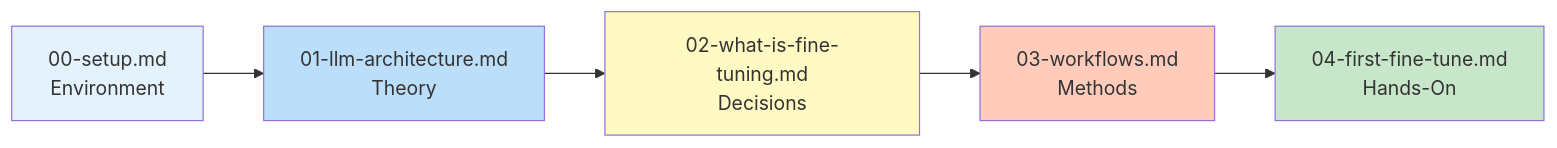
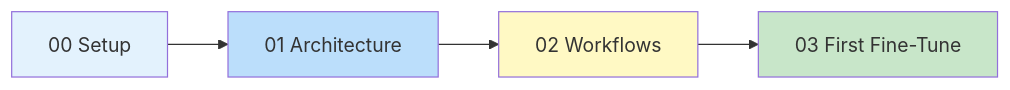
The diagram in content/02-introduction/02-introduction-overview.md (Parv17k/llm-fine-tuning-guide), drawn with Mermaid before and after one commit. The commit also changed other lines of this file and 11 other files, not shown here.

Commit message:
Update LLM architecture and fine-tuning documentation - enhance model examples, clarify workflows, and refine parameter details

````diff
--- a/content/02-introduction/02-introduction-overview.md
+++ b/content/02-introduction/02-introduction-overview.md
@@ -60,13 +49,11 @@
 ```mermaid
 flowchart LR
-    A[00-setup.md<br/>Environment] --> B[01-llm-architecture.md<br/>Theory]
-    B --> C[02-what-is-fine-tuning.md<br/>Decisions]
-    C --> D[03-workflows.md<br/>Methods]
-    D --> E[04-first-fine-tune.md<br/>Hands-On]
+    A[00 Setup] --> B[01 Architecture]
+    B --> C[02 Workflows]
+    C --> D[03 First Fine-Tune]
     
     style A fill:#e3f2fd
     style B fill:#bbdefb
     style C fill:#fff9c4
-    style D fill:#ffccbc
-    style E fill:#c8e6c9
+    style D fill:#c8e6c9
 ```
````
